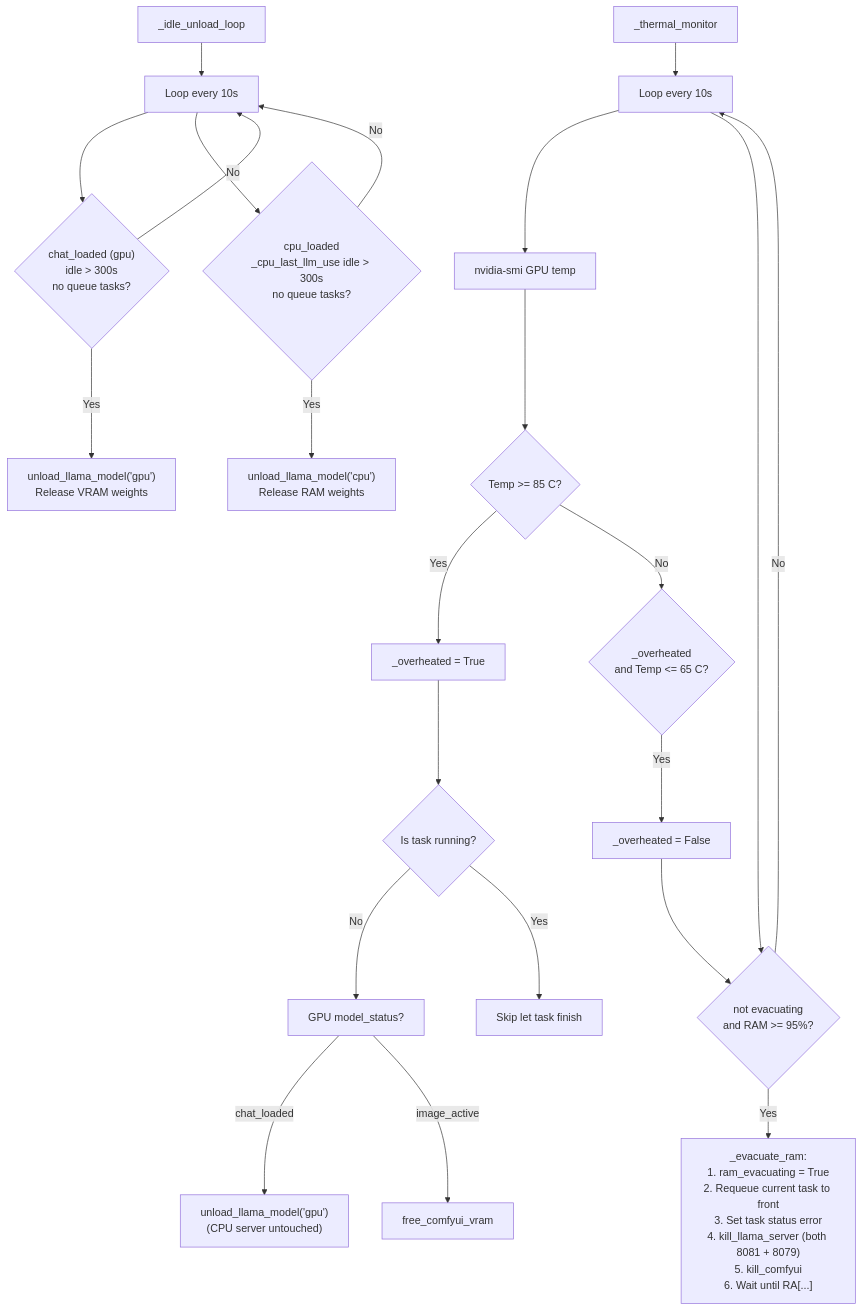
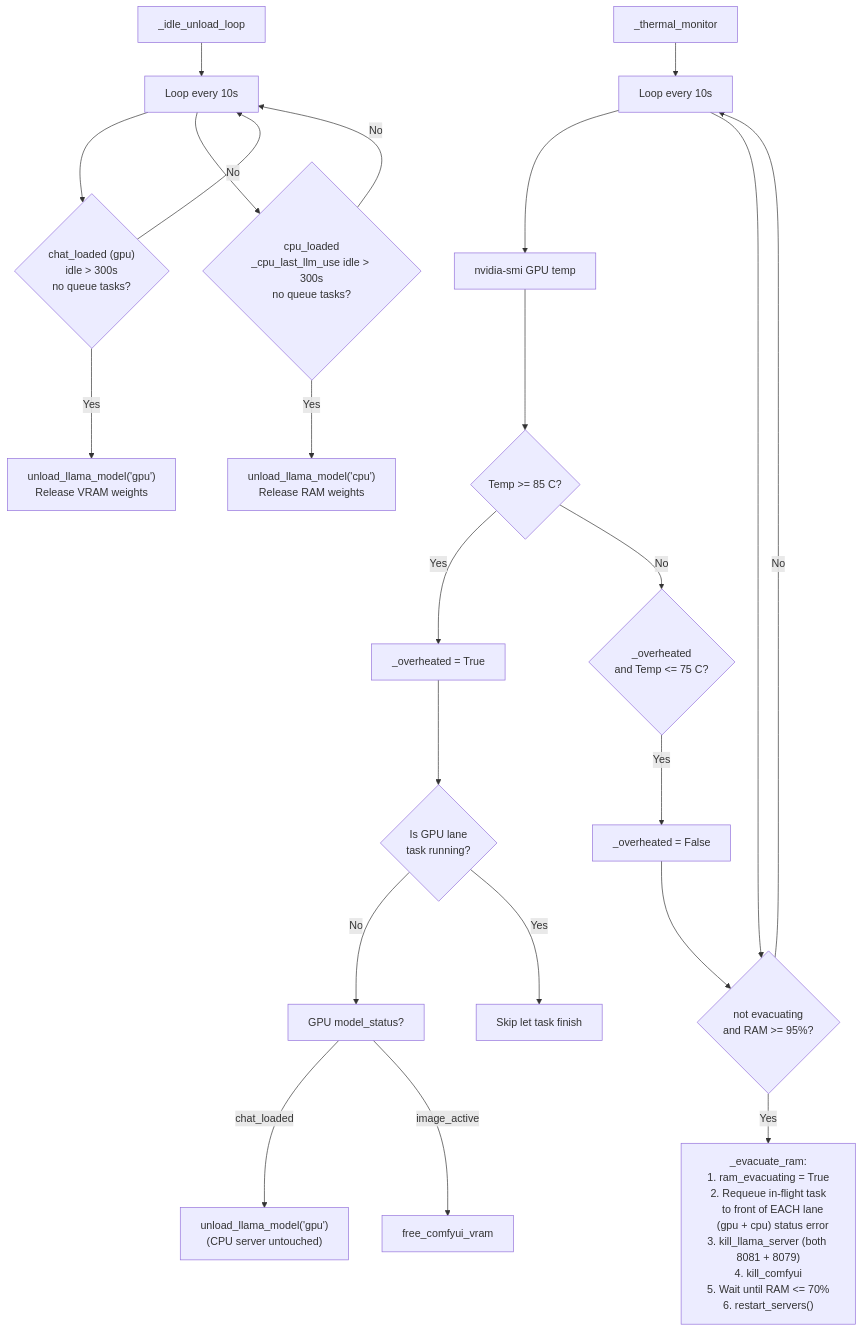
Before and after one commit to Palash90/local-ai: diagram 12 of 12 in README.md, drawn with Mermaid. The commit also changed other lines of this file and 24 other files, not shown here.

````diff
--- a/README.md
+++ b/README.md
@@ -491,27 +509,27 @@
 ```mermaid
 graph TD
     E4["_thermal_monitor"] --> ThermalLoop["Loop every 10s"]
     ThermalLoop --> CheckGPU["nvidia-smi GPU temp"]
     CheckGPU --> GPUTempCheck{"Temp >= 85 C?"}
     GPUTempCheck -- Yes --> SetOverheat["_overheated = True"]
-    GPUTempCheck -- No --> CheckCool{"_overheated\nand Temp <= 65 C?"}
+    GPUTempCheck -- No --> CheckCool{"_overheated\nand Temp <= 75 C?"}
     CheckCool -- Yes --> UnsetOverheat["_overheated = False"]
-    SetOverheat --> ThermalAction{"Is task running?"}
+    SetOverheat --> ThermalAction{"Is GPU lane\ntask running?"}
     ThermalAction -- No --> ThermalUnload["GPU model_status?"]
     ThermalUnload -- "chat_loaded" --> UnloadModel["unload_llama_model('gpu')\n(CPU server untouched)"]
     ThermalUnload -- "image_active" --> FreeVRAM["free_comfyui_vram"]
     ThermalAction -- Yes --> ThermalSkip["Skip let task finish"]
     UnsetOverheat --> RAMCheck1
 
     ThermalLoop --> RAMCheck1{"not evacuating\nand RAM >= 95%?"}
-    RAMCheck1 -- Yes --> EvacuateRAM["_evacuate_ram:\n1. ram_evacuating = True\n2. Requeue current task to front\n3. Set task status error\n4. kill_llama_server (both 8081 + 8079)\n5. kill_comfyui\n6. Wait until RA[...]" ]
+    RAMCheck1 -- Yes --> EvacuateRAM["_evacuate_ram:\n1. ram_evacuating = True\n2. Requeue in-flight task\n   to front of EACH lane\n   (gpu + cpu) status error\n3. kill_llama_server (both 8081 + 8079)\n4. kill_comfyui\n5. Wait until RAM <= 70%\n6. restart_servers()"]
     RAMCheck1 -- No --> ThermalLoop
 
     E3["_idle_unload_loop"] --> IdleLoop["Loop every 10s"]
     IdleLoop --> IdleCheck{"chat_loaded (gpu)\nidle > 300s\nno queue tasks?"}
     IdleCheck -- Yes --> UnloadModel2["unload_llama_model('gpu')\nRelease VRAM weights"]
     IdleCheck -- No --> IdleLoop
     IdleLoop --> IdleCheck2{"cpu_loaded\n_cpu_last_llm_use idle > 300s\nno queue tasks?"}
     IdleCheck2 -- Yes --> UnloadModel3["unload_llama_model('cpu')\nRelease RAM weights"]
     IdleCheck2 -- No --> IdleLoop
 ```
````
